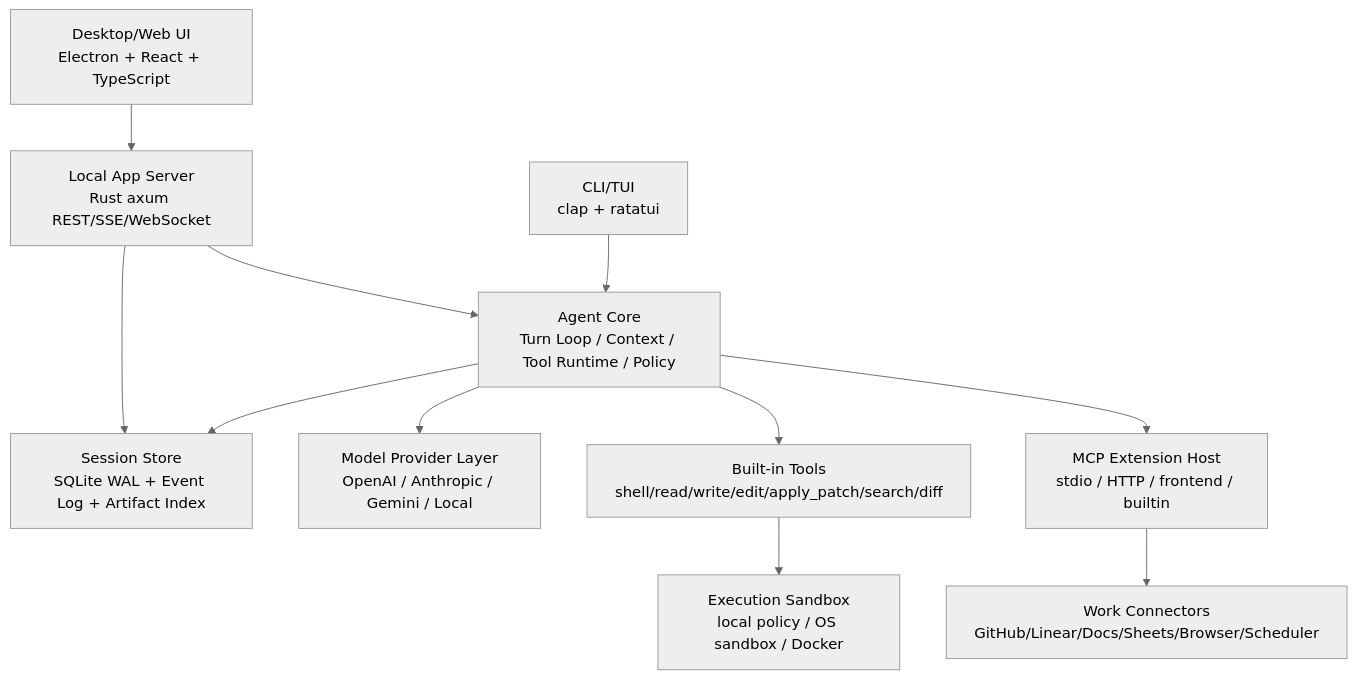
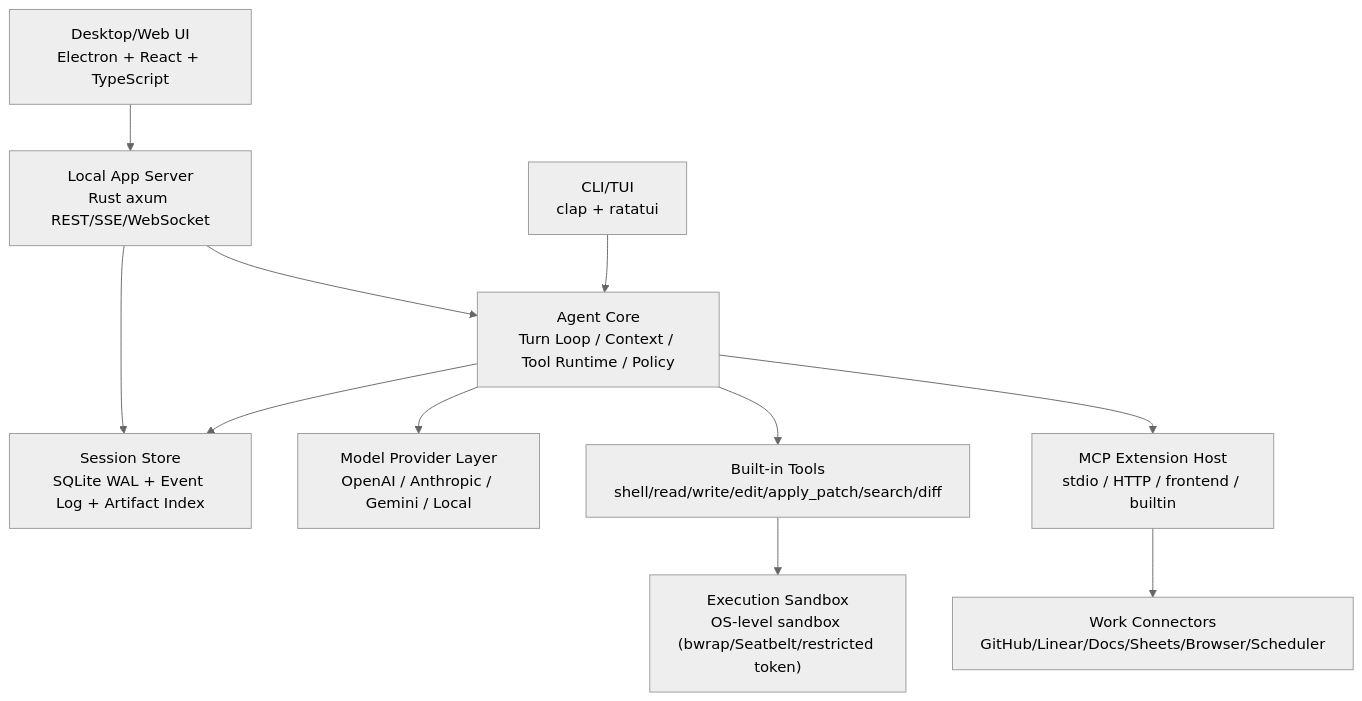
Before and after one commit to StagoMax/OpenTopia: the first of 3 diagrams in docs/ai-coding-work-agent-architecture.md, drawn with Mermaid (neutral theme). The commit also changed other lines of this file and 55 other files, not shown here.

````diff
--- a/docs/ai-coding-work-agent-architecture.md
+++ b/docs/ai-coding-work-agent-architecture.md
@@ -49,24 +49,24 @@
 ```mermaid
 flowchart TB
     UI["Desktop/Web UI<br/>Electron + React + TypeScript"]
     CLI["CLI/TUI<br/>clap + ratatui"]
     API["Local App Server<br/>Rust axum REST/SSE/WebSocket"]
     Core["Agent Core<br/>Turn Loop / Context / Tool Runtime / Policy"]
     Store["Session Store<br/>SQLite WAL + Event Log + Artifact Index"]
     Provider["Model Provider Layer<br/>OpenAI / Anthropic / Gemini / Local"]
     Tools["Built-in Tools<br/>shell/read/write/edit/apply_patch/search/diff"]
     MCP["MCP Extension Host<br/>stdio / HTTP / frontend / builtin"]
-    Sandbox["Execution Sandbox<br/>local policy / OS sandbox / Docker"]
+    Sandbox["Execution Sandbox<br/>OS-level sandbox (bwrap/Seatbelt/restricted token)"]
     Work["Work Connectors<br/>GitHub/Linear/Docs/Sheets/Browser/Scheduler"]
 
     UI --> API
     CLI --> Core
     API --> Core
     Core --> Store
     Core --> Provider
     Core --> Tools
     Core --> MCP
     Tools --> Sandbox
     MCP --> Work
     API --> Store
 ```
````
